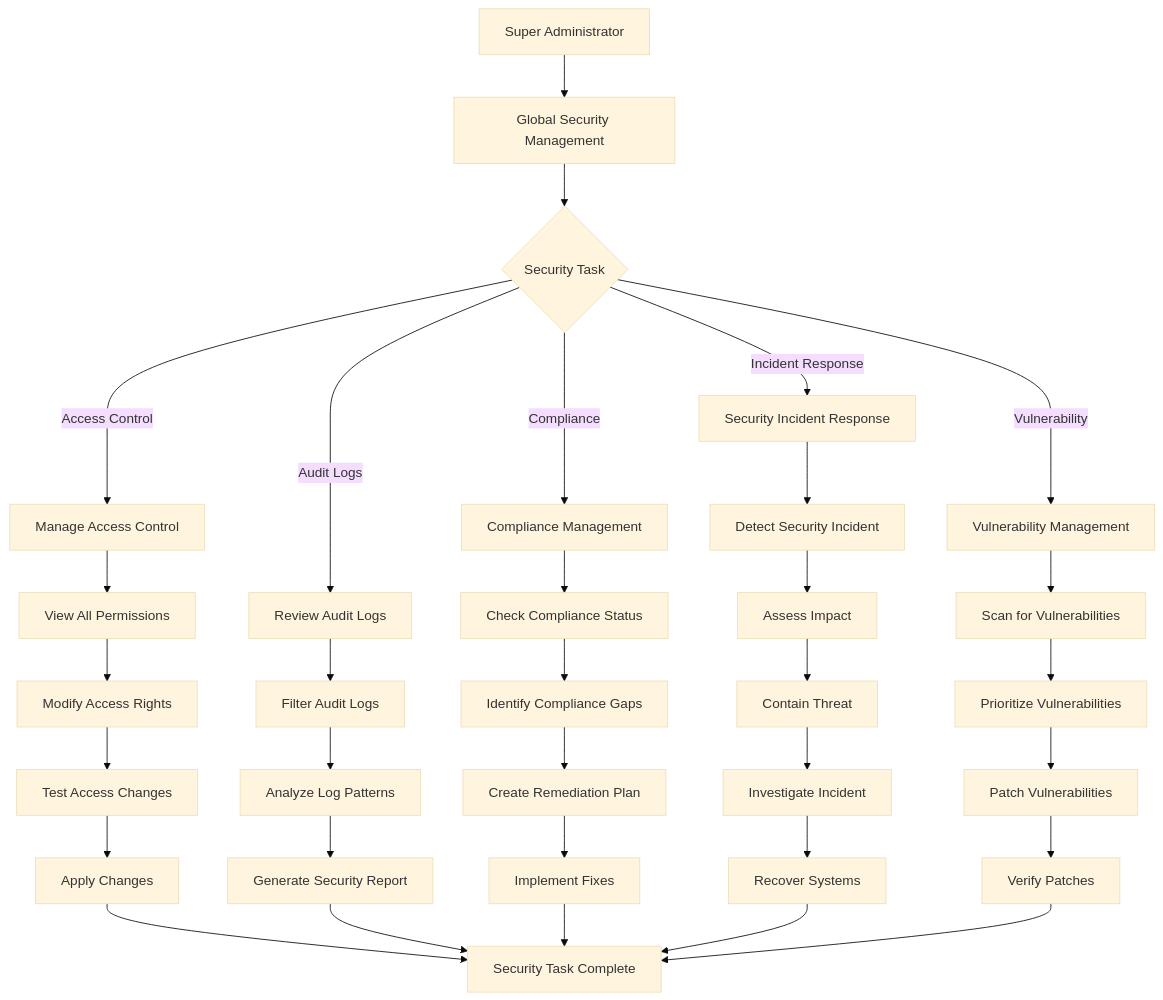
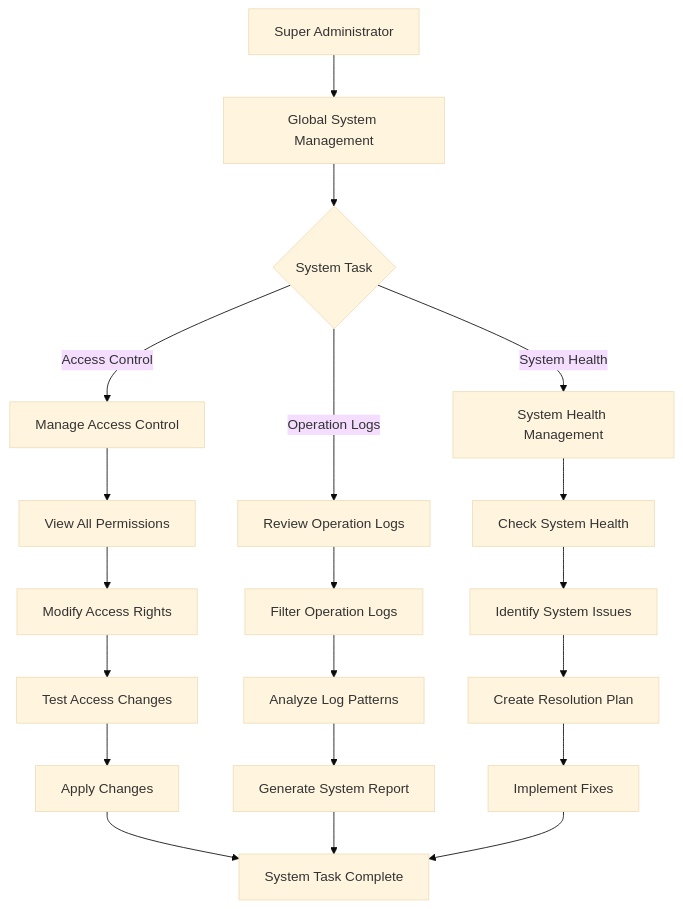
One commit to pzcuongnextchain/ai-smartlearn2-docs changed diagram 17 of 23 in ai-smart-learning-renewal/super-admin/global-data-management/flows-and-diagrams.md. Above: the diagram before and after it, drawn with Mermaid (base theme). The commit also changed other lines of this file and 4 other files, not shown here.

````diff
--- a/ai-smart-learning-renewal/super-admin/global-data-management/flows-and-diagrams.md
+++ b/ai-smart-learning-renewal/super-admin/global-data-management/flows-and-diagrams.md
@@ -513,42 +509,27 @@
 ```mermaid
 flowchart TD
-    SA[Super Administrator] --> GSM[Global Security Management]
-    GSM --> ST{Security Task}
+    SA[Super Administrator] --> GSM[Global System Management]
+    GSM --> ST{System Task}
     
     ST -->|Access Control| AccessFlow[Manage Access Control]
-    ST -->|Audit Logs| AuditFlow[Review Audit Logs]
-    ST -->|Compliance| ComplianceFlow[Compliance Management]
-    ST -->|Incident Response| IncidentFlow[Security Incident Response]
-    ST -->|Vulnerability| VulnFlow[Vulnerability Management]
+    ST -->|Operation Logs| LogFlow[Review Operation Logs]
+    ST -->|System Health| HealthFlow[System Health Management]
     
     AccessFlow --> ViewPermissions[View All Permissions]
     ViewPermissions --> ModifyAccess[Modify Access Rights]
     ModifyAccess --> TestAccess[Test Access Changes]
     TestAccess --> ApplyChanges[Apply Changes]
     
-    AuditFlow --> FilterLogs[Filter Audit Logs]
+    LogFlow --> FilterLogs[Filter Operation Logs]
     FilterLogs --> AnalyzeLogs[Analyze Log Patterns]
-    AnalyzeLogs --> GenerateReport[Generate Security Report]
+    AnalyzeLogs --> GenerateReport[Generate System Report]
     
-    ComplianceFlow --> CheckCompliance[Check Compliance Status]
-    CheckCompliance --> IdentifyGaps[Identify Compliance Gaps]
-    IdentifyGaps --> CreatePlan[Create Remediation Plan]
+    HealthFlow --> CheckHealth[Check System Health]
+    CheckHealth --> IdentifyIssues[Identify System Issues]
+    IdentifyIssues --> CreatePlan[Create Resolution Plan]
     CreatePlan --> ImplementFixes[Implement Fixes]
     
-    IncidentFlow --> DetectIncident[Detect Security Incident]
-    DetectIncident --> AssessImpact[Assess Impact]
-    AssessImpact --> ContainThreat[Contain Threat]
-    ContainThreat --> InvestigateIncident[Investigate Incident]
-    InvestigateIncident --> RecoverSystems[Recover Systems]
-    
-    VulnFlow --> ScanVulnerabilities[Scan for Vulnerabilities]
-    ScanVulnerabilities --> PrioritizeVulns[Prioritize Vulnerabilities]
-    PrioritizeVulns --> PatchVulns[Patch Vulnerabilities]
-    PatchVulns --> VerifyPatches[Verify Patches]
-    
-    ApplyChanges --> SecurityComplete[Security Task Complete]
-    GenerateReport --> SecurityComplete
-    ImplementFixes --> SecurityComplete
-    RecoverSystems --> SecurityComplete
-    VerifyPatches --> SecurityComplete
+    ApplyChanges --> SystemComplete[System Task Complete]
+    GenerateReport --> SystemComplete
+    ImplementFixes --> SystemComplete
 ```
````
